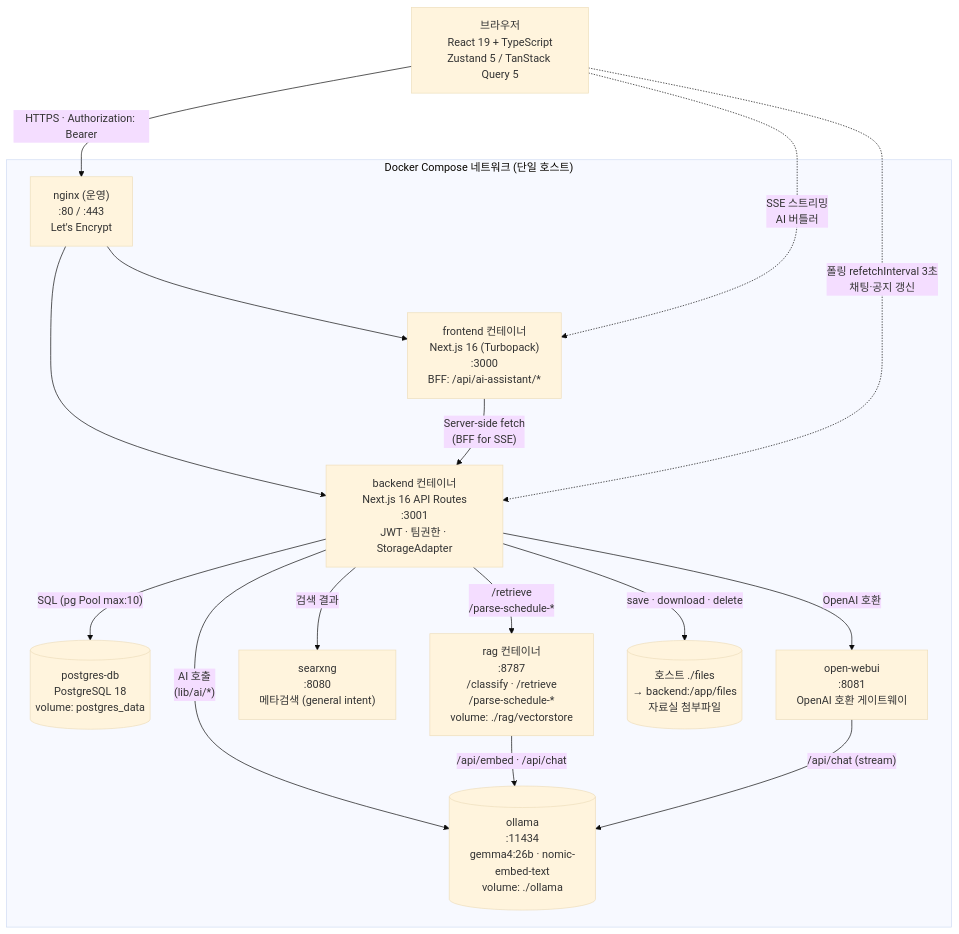
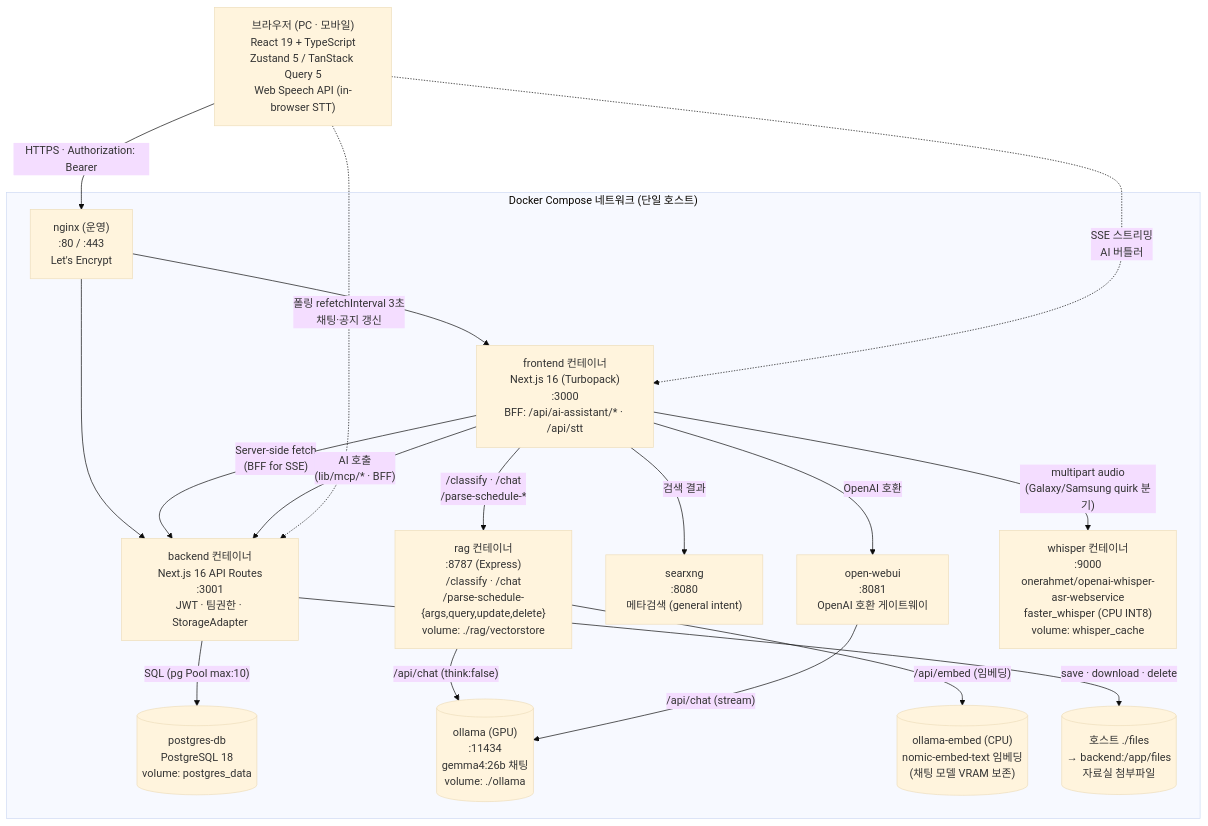
Before and after one commit to kreon720-ctrl/team-works: the first of 7 diagrams in docs/5-tech-arch-diagram.md, drawn with Mermaid (base theme). The commit also changed other lines of this file and 8 other files, not shown here.

````diff
--- a/docs/5-tech-arch-diagram.md
+++ b/docs/5-tech-arch-diagram.md
@@ -18,32 +20,36 @@
 ```mermaid
 graph TB
-    Browser["브라우저\nReact 19 + TypeScript\nZustand 5 / TanStack Query 5"]
+    Browser["브라우저 (PC · 모바일)\nReact 19 + TypeScript\nZustand 5 / TanStack Query 5\nWeb Speech API (in-browser STT)"]
 
     subgraph Compose["Docker Compose 네트워크 (단일 호스트)"]
         Nginx["nginx (운영)\n:80 / :443\nLet's Encrypt"]
-        Frontend["frontend 컨테이너\nNext.js 16 (Turbopack)\n:3000\nBFF: /api/ai-assistant/*"]
+        Frontend["frontend 컨테이너\nNext.js 16 (Turbopack)\n:3000\nBFF: /api/ai-assistant/* · /api/stt"]
         Backend["backend 컨테이너\nNext.js 16 API Routes\n:3001\nJWT · 팀권한 · StorageAdapter"]
         Postgres[("postgres-db\nPostgreSQL 18\nvolume: postgres_data")]
-        Ollama[("ollama\n:11434\ngemma4:26b · nomic-embed-text\nvolume: ./ollama")]
-        RAG["rag 컨테이너\n:8787\n/classify · /retrieve\n/parse-schedule-*\nvolume: ./rag/vectorstore"]
+        Ollama[("ollama (GPU)\n:11434\ngemma4:26b 채팅\nvolume: ./ollama")]
+        OllamaEmbed[("ollama-embed (CPU)\nnomic-embed-text 임베딩\n(채팅 모델 VRAM 보존)")]
+        RAG["rag 컨테이너\n:8787 (Express)\n/classify · /chat\n/parse-schedule-{args,query,update,delete}\nvolume: ./rag/vectorstore"]
         SearxNG["searxng\n:8080\n메타검색 (general intent)"]
         OpenWebUI["open-webui\n:8081\nOpenAI 호환 게이트웨이"]
+        Whisper["whisper 컨테이너\n:9000\nonerahmet/openai-whisper-asr-webservice\nfaster_whisper (CPU INT8)\nvolume: whisper_cache"]
         Files[("호스트 ./files\n→ backend:/app/files\n자료실 첨부파일")]
     end
 
     Browser -- "HTTPS · Authorization: Bearer" --> Nginx
     Nginx --> Frontend
     Nginx --> Backend
     Frontend -- "Server-side fetch\n(BFF for SSE)" --> Backend
+    Frontend -- "multipart audio\n(Galaxy/Samsung quirk 분기)" --> Whisper
     Backend -- "SQL (pg Pool max:10)" --> Postgres
-    Backend -- "AI 호출\n(lib/ai/*)" --> Ollama
-    Backend -- "/retrieve\n/parse-schedule-*" --> RAG
-    Backend -- "검색 결과" --> SearxNG
-    Backend -- "OpenAI 호환" --> OpenWebUI
+    Frontend -- "AI 호출\n(lib/mcp/* · BFF)" --> Backend
+    Frontend -- "/classify · /chat\n/parse-schedule-*" --> RAG
+    Frontend -- "검색 결과" --> SearxNG
+    Frontend -- "OpenAI 호환" --> OpenWebUI
     Backend -- "save · download · delete" --> Files
-    RAG -- "/api/embed · /api/chat" --> Ollama
+    RAG -- "/api/embed (임베딩)" --> OllamaEmbed
+    RAG -- "/api/chat (think:false)" --> Ollama
     OpenWebUI -- "/api/chat (stream)" --> Ollama
 
     Browser -. "폴링 refetchInterval 3초\n채팅·공지 갱신" .-> Backend
     Browser -. "SSE 스트리밍\nAI 버틀러" .-> Frontend
 ```
````
